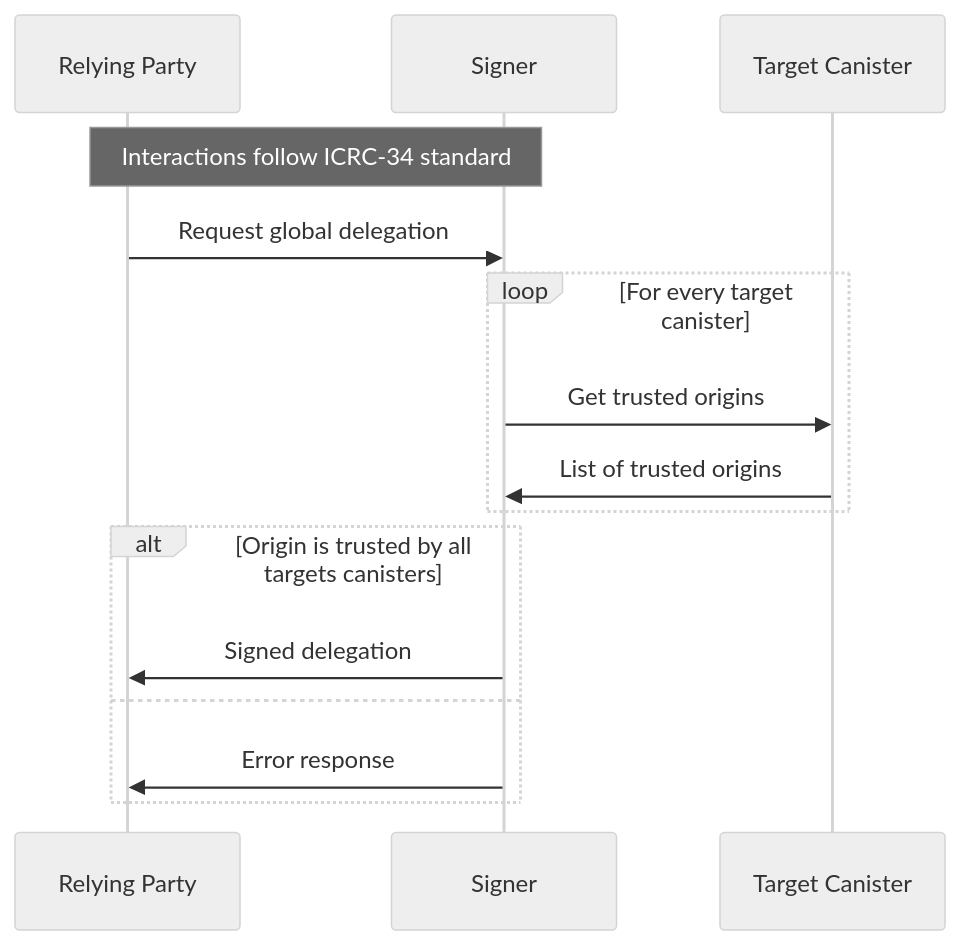
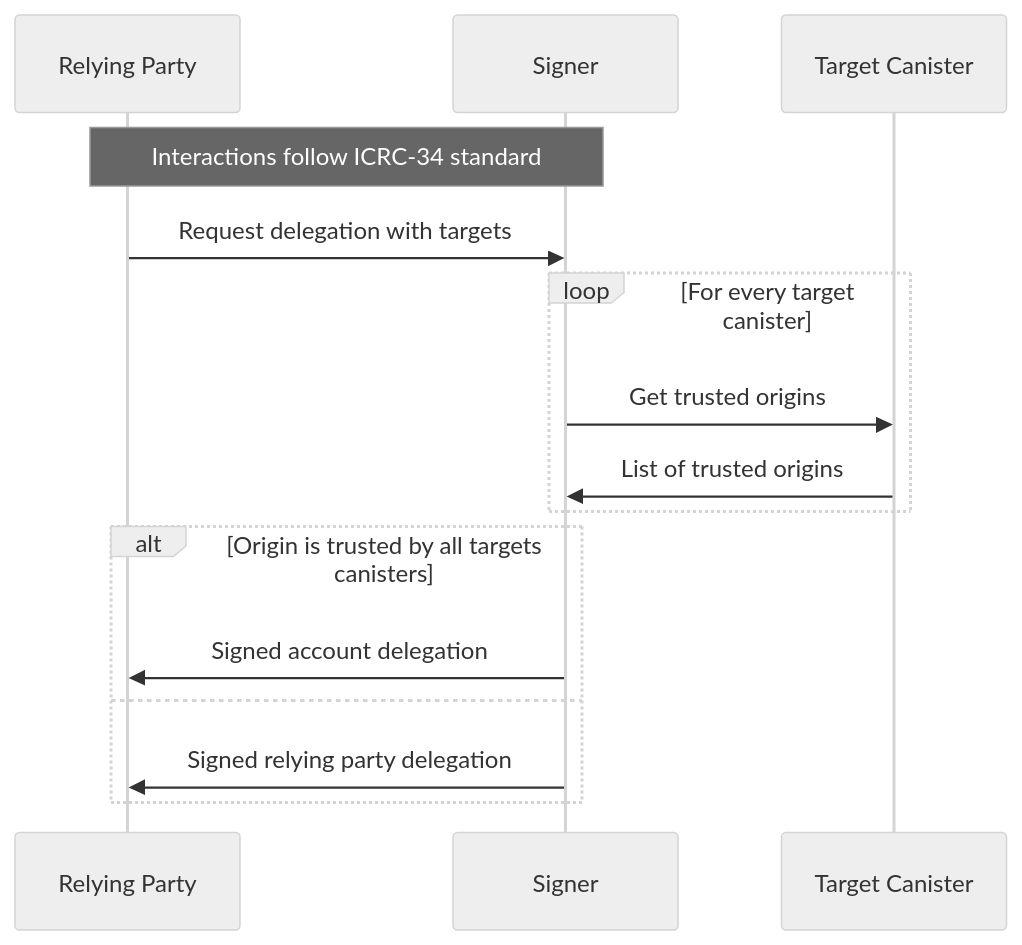
Before and after one commit to dfinity/wg-identity-authentication: the diagram in topics/icrc_28_trusted_origins.md, drawn with Mermaid (neutral theme). The commit also changed other lines of this file and 4 other files, not shown here.

````diff
--- a/topics/icrc_28_trusted_origins.md
+++ b/topics/icrc_28_trusted_origins.md
@@ -88,17 +84,17 @@
 ```mermaid
 sequenceDiagram
     participant RP as Relying Party
     participant S as Signer
     participant C as Target Canister
     Note over RP, S: Interactions follow ICRC-34 standard
-    RP ->> S: Request global delegation
+    RP ->> S: Request delegation with targets
     loop For every target canister
         S ->> C: Get trusted origins
         C ->> S: List of trusted origins
     end
     alt Origin is trusted by all targets canisters
-        S ->> RP: Signed delegation
+        S ->> RP: Signed account delegation
     else
-        S ->> RP: Error response
+        S ->> RP: Signed relying party delegation
     end
 ```
````
